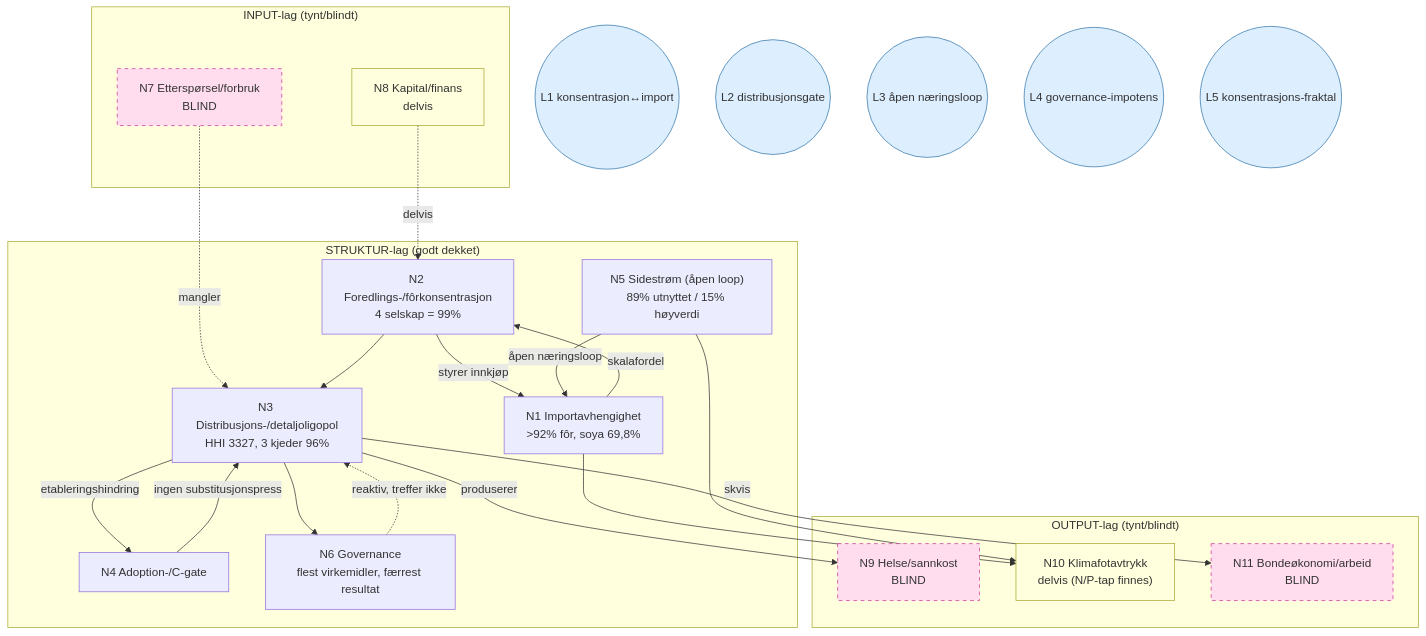
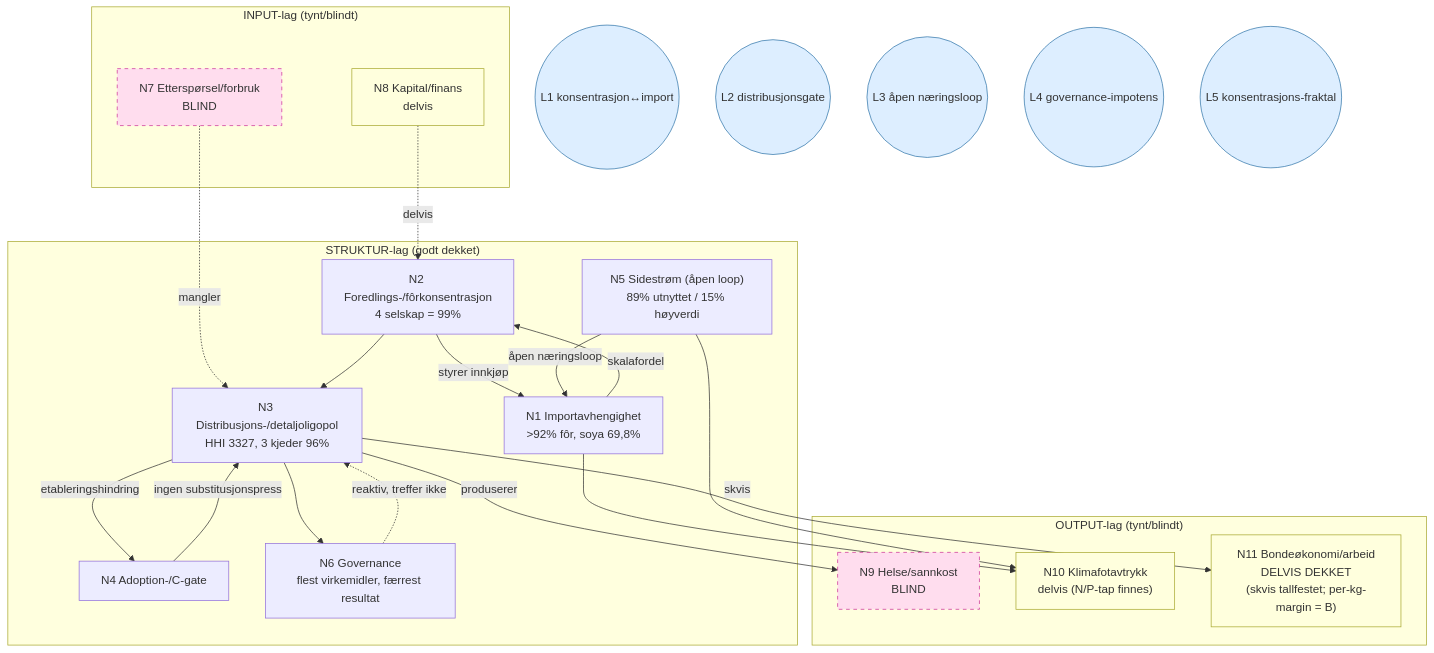
One commit to justaride/food-systems-2026 changed the diagram in docs/project/analysis/food-tg-systemmodell-integrert-2026-06-18.md. Above: the diagram before and after it, drawn with Mermaid. The commit also changed other lines of this file and 1 other file, not shown here.

Commit message:
docs(n11): flytt N11 til «delvis dekket» i systemmodell + rett nominell-tall-nit
Verifikasjonspass 2026-06-29: Mermaid-node BLIND→DELVIS DEKKET (skvis
tallfestet, per-kg-margin = Type B) + datert note under diagrammet.
Rett nominelt fall 2023 i r6-deliverablen: 51 100 → 51 000 kr
(396 100 − 345 100). Aritmetikk re-kjørt uavhengig og bekreftet.

````diff
--- a/docs/project/analysis/food-tg-systemmodell-integrert-2026-06-18.md
+++ b/docs/project/analysis/food-tg-systemmodell-integrert-2026-06-18.md
@@ -71,47 +71,47 @@
 ```mermaid
 flowchart TB
   subgraph INPUT["INPUT-lag (tynt/blindt)"]
     N7["N7 Etterspørsel/forbruk<br/>BLIND"]:::blind
     N8["N8 Kapital/finans<br/>delvis"]:::partial
   end
 
   subgraph STRUKTUR["STRUKTUR-lag (godt dekket)"]
     N1["N1 Importavhengighet<br/>>92% fôr, soya 69,8%"]
     N2["N2 Foredlings-/fôrkonsentrasjon<br/>4 selskap = 99%"]
     N3["N3 Distribusjons-/detaljoligopol<br/>HHI 3327, 3 kjeder 96%"]
     N4["N4 Adoption-/C-gate"]
     N5["N5 Sidestrøm (åpen loop)<br/>89% utnyttet / 15% høyverdi"]
     N6["N6 Governance<br/>flest virkemidler, færrest resultat"]
   end
 
   subgraph OUTPUT["OUTPUT-lag (tynt/blindt)"]
     N9["N9 Helse/sannkost<br/>BLIND"]:::blind
     N10["N10 Klimafotavtrykk<br/>delvis (N/P-tap finnes)"]:::partial
-    N11["N11 Bondeøkonomi/arbeid<br/>BLIND"]:::blind
+    N11["N11 Bondeøkonomi/arbeid<br/>DELVIS DEKKET<br/>(skvis tallfestet; per-kg-margin = B)"]:::partial
   end
 
   N7 -.mangler.-> N3
   N8 -.delvis.-> N2
   N2 -- styrer innkjøp --> N1
   N1 -- skalafordel --> N2
   N2 --> N3
   N3 -- etableringshindring --> N4
   N4 -- ingen substitusjonspress --> N3
   N5 -- åpen næringsloop --> N1
   N3 --> N6
   N6 -. reaktiv, treffer ikke .-> N3
   N3 -- produserer --> N9
   N1 --> N10
   N5 --> N10
   N3 -- skvis --> N11
 
   L1(("L1 konsentrasjon↔import")):::loop
   L2(("L2 distribusjonsgate")):::loop
   L3(("L3 åpen næringsloop")):::loop
   L4(("L4 governance-impotens")):::loop
   L5(("L5 konsentrasjons-fraktal")):::loop
 
   classDef blind fill:#fde,stroke:#c39,stroke-dasharray:5 5;
   classDef partial fill:#ffd,stroke:#aa3;
   classDef loop fill:#def,stroke:#37a;
 ```
````
